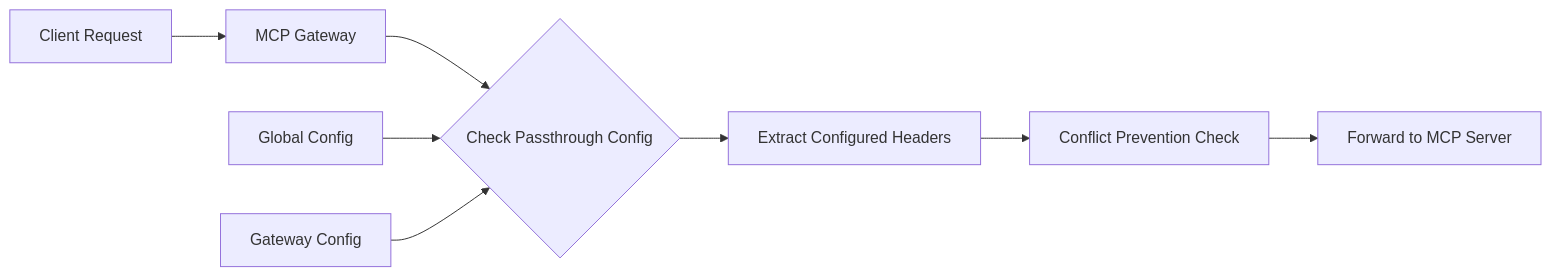
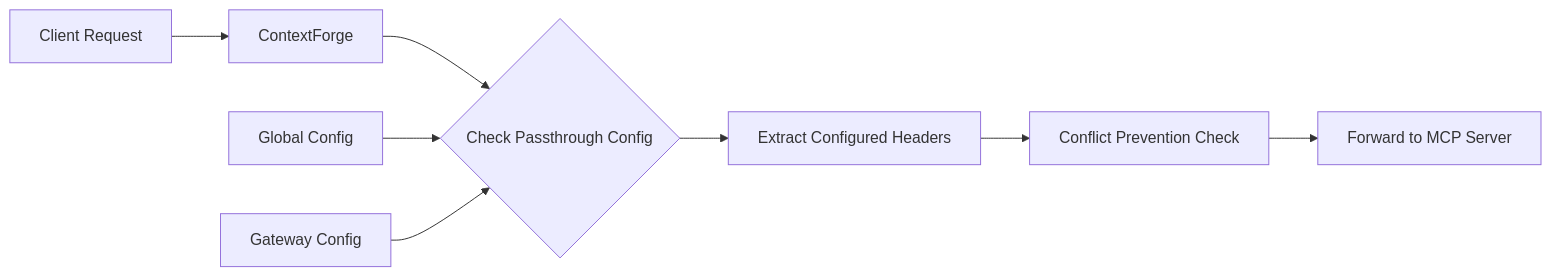
The first of 3 diagrams in docs/docs/overview/passthrough.md (tedhabeck/mcp-context-forge), drawn with Mermaid before and after one commit. The commit also changed other lines of this file and 583 other files, not shown here.

First line of the commit message:
docs: rebrand to ContextForge AI Gateway (#3091)

````diff
--- a/docs/docs/overview/passthrough.md
+++ b/docs/docs/overview/passthrough.md
@@ -208,11 +208,11 @@
 ```mermaid
 graph LR
-    A[Client Request] --> B[MCP Gateway]
+    A[Client Request] --> B[ContextForge]
     B --> C{Check Passthrough Config}
     C --> D[Extract Configured Headers]
     D --> E[Conflict Prevention Check]
     E --> F[Forward to MCP Server]
 
     G[Global Config] --> C
     H[Gateway Config] --> C
 ```
````
